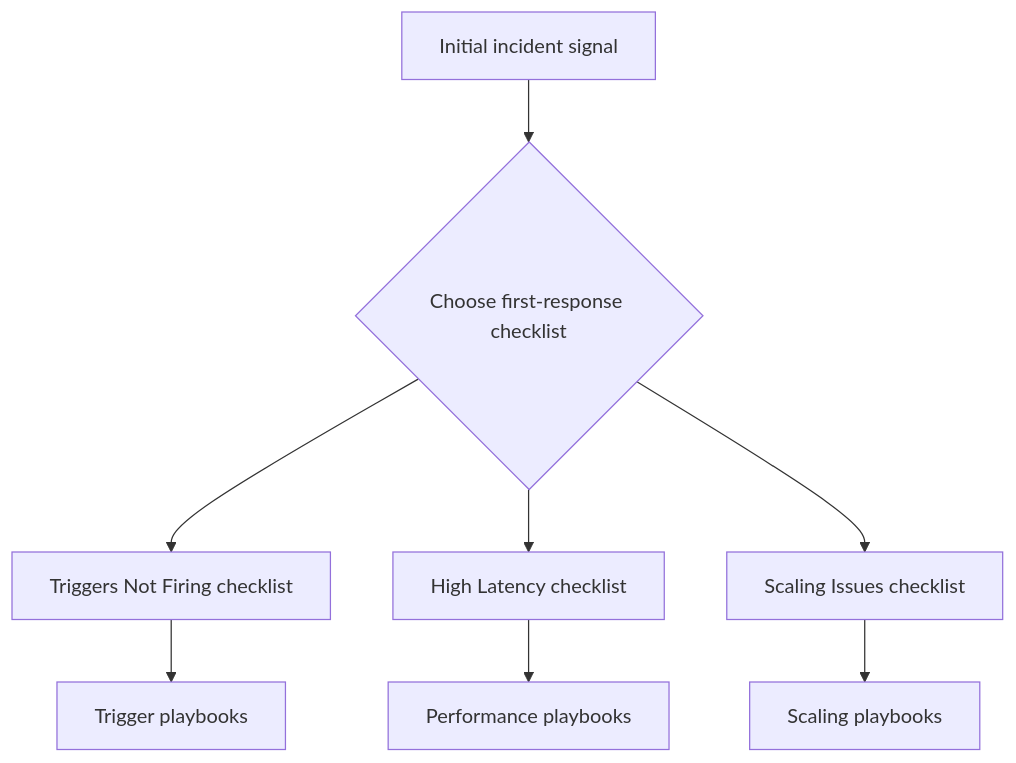
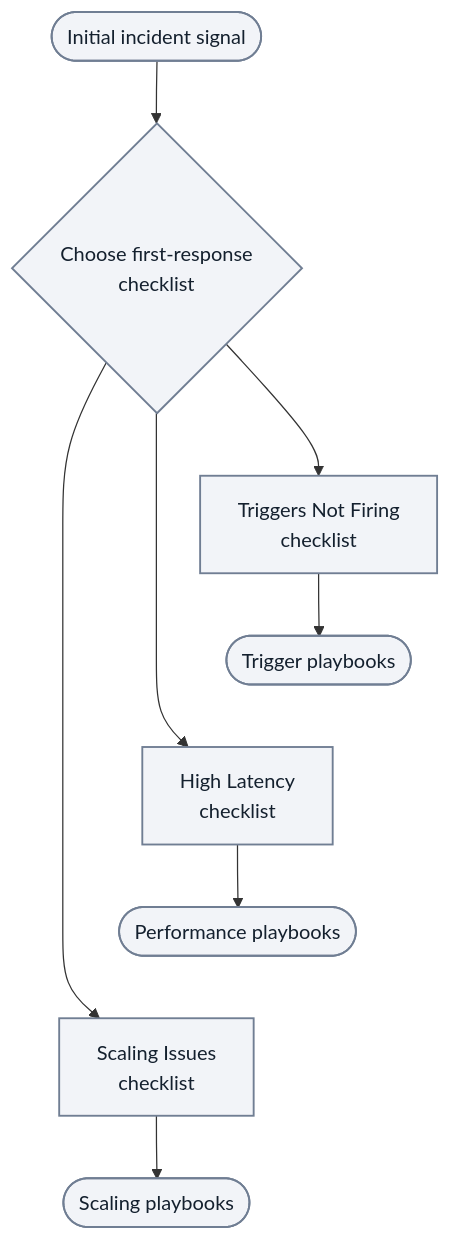
One commit to yeongseon/azure-functions-practical-guide changed the diagram in docs/troubleshooting/first-10-minutes/index.md. Above: the diagram before and after it, drawn with Mermaid. The commit also changed other lines of this file and 4 other files, not shown here.

First line of the commit message:
docs(diagrams): migrate Functions troubleshooting overview — index and scaling issues and related diagnostics (#448)

````diff
--- a/docs/troubleshooting/first-10-minutes/index.md
+++ b/docs/troubleshooting/first-10-minutes/index.md
@@ -33,10 +33,17 @@
 ```mermaid
 graph TD
-    A[Initial incident signal] --> B{Choose first-response checklist}
-    B --> C[Triggers Not Firing checklist]
-    B --> D[High Latency checklist]
-    B --> E[Scaling Issues checklist]
-    C --> F[Trigger playbooks]
-    D --> G[Performance playbooks]
-    E --> H[Scaling playbooks]
+    accTitle: First-response checklist routing
+    accDescr: An initial incident signal leads to a choice of Triggers Not Firing, High Latency or Scaling Issues checklist, then the corresponding trigger, performance or scaling playbooks. These are navigation choices, not confirmed causes.
+    A(["Initial incident signal"]) --> B{"Choose first-response<br/>checklist"}
+    B --> C["Triggers Not Firing<br/>checklist"]
+    C --> F(["Trigger playbooks"])
+    B --> D["High Latency<br/>checklist"]
+    D --> G(["Performance playbooks"])
+    B --> E["Scaling Issues<br/>checklist"]
+    E --> H(["Scaling playbooks"])
+    %% Layout-only links tier the choices; they add no diagnostic steps or arrows.
+    F ~~~ D
+    G ~~~ E
+    classDef neutral fill:#f2f4f8,stroke:#707e93,stroke-width:1.5px,color:#14202e;
+    class A,B,C,D,E,F,G,H neutral;
 ```
````
